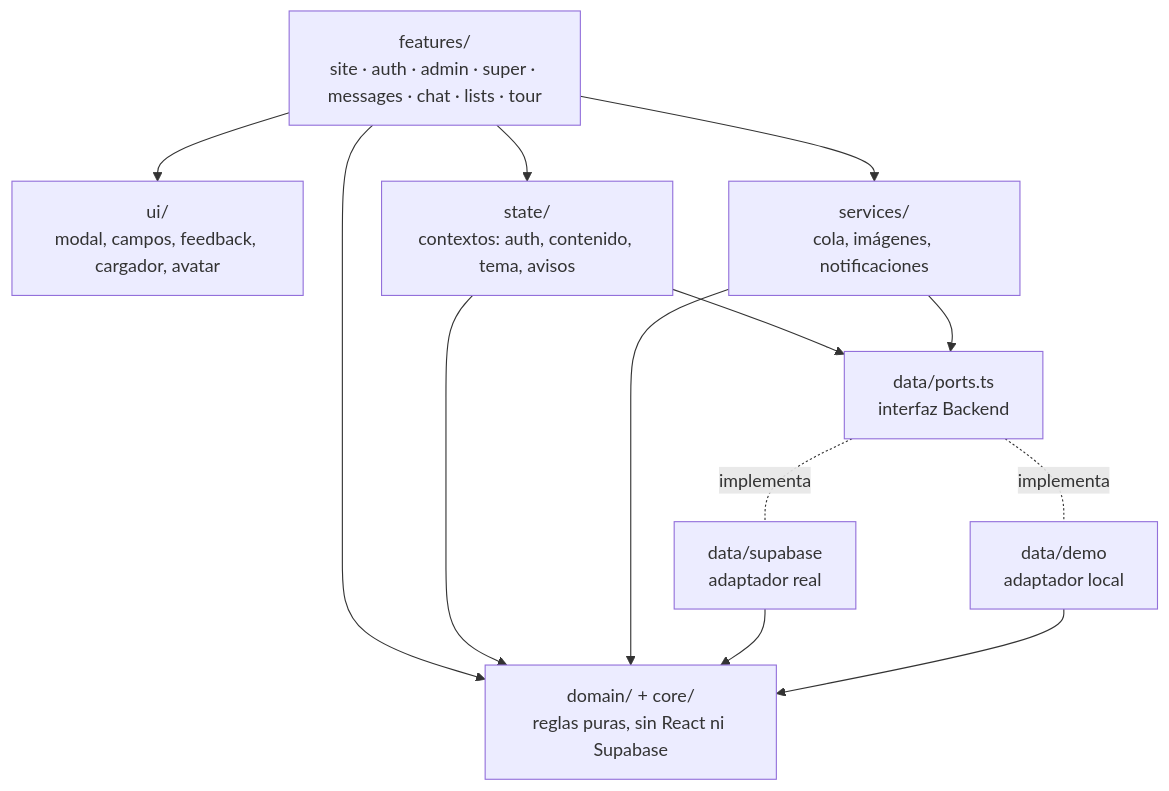
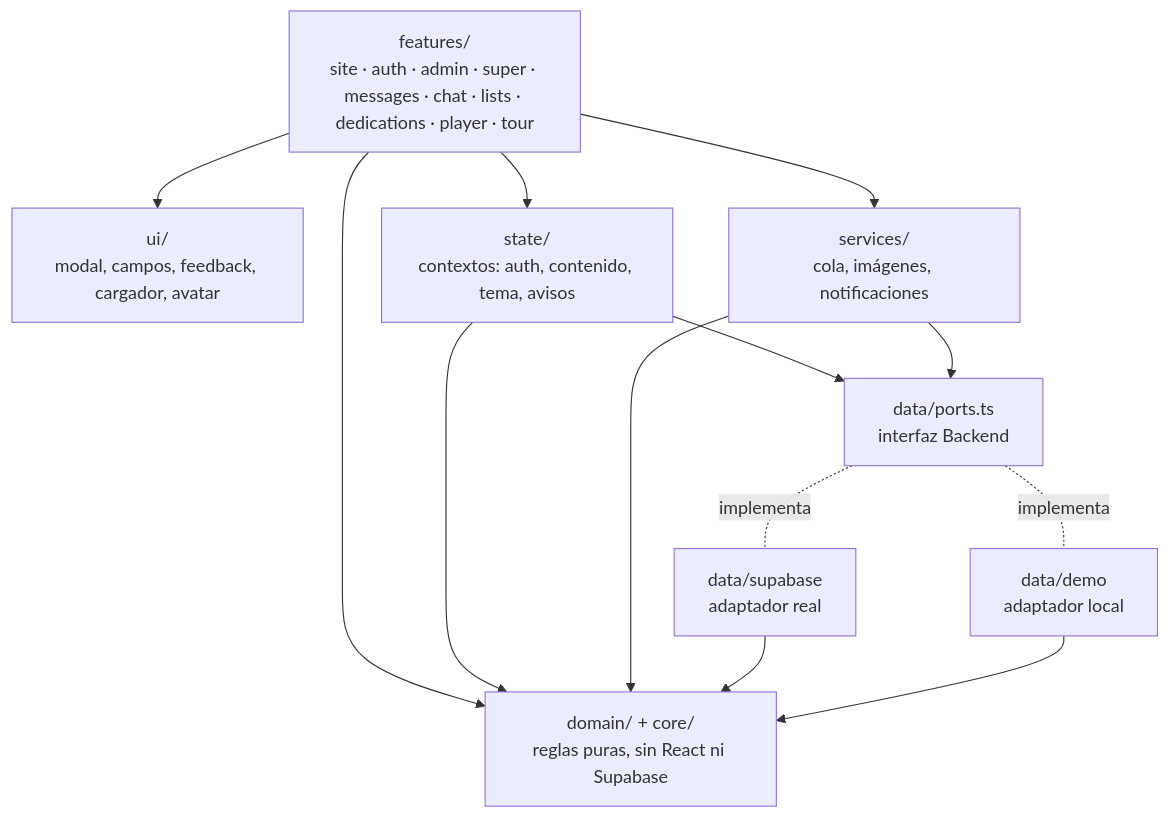
One commit to Juan-Carlos-Estevez-Vargas/Camila-Sanchez changed the second of 60 diagrams in docs/DIAGRAMAS.md. Above: the diagram before and after it, drawn with Mermaid. The commit also changed other lines of this file and 7 other files, not shown here.

Commit message:
docs(dedicatorias): manual, arquitectura, seguridad, diagramas y capturas de las dedicatorias y la playlist

````diff
--- a/docs/DIAGRAMAS.md
+++ b/docs/DIAGRAMAS.md
@@ -79,18 +80,18 @@
 ```mermaid
 flowchart TB
-  F["features/<br/>site · auth · admin · super · messages · chat · lists · tour"]
+  F["features/<br/>site · auth · admin · super · messages · chat · lists · dedications · player · tour"]
   UI["ui/<br/>modal, campos, feedback, cargador, avatar"]
   S["state/<br/>contextos: auth, contenido, tema, avisos"]
   SV["services/<br/>cola, imágenes, notificaciones"]
   P["data/ports.ts<br/>interfaz Backend"]
   A1["data/supabase<br/>adaptador real"]
   A2["data/demo<br/>adaptador local"]
   D["domain/ + core/<br/>reglas puras, sin React ni Supabase"]
 
   F --> UI & S & SV & D
   S --> P
   SV --> P
   P -. "implementa" .- A1
   P -. "implementa" .- A2
   S & SV & A1 & A2 --> D
 ```
````
